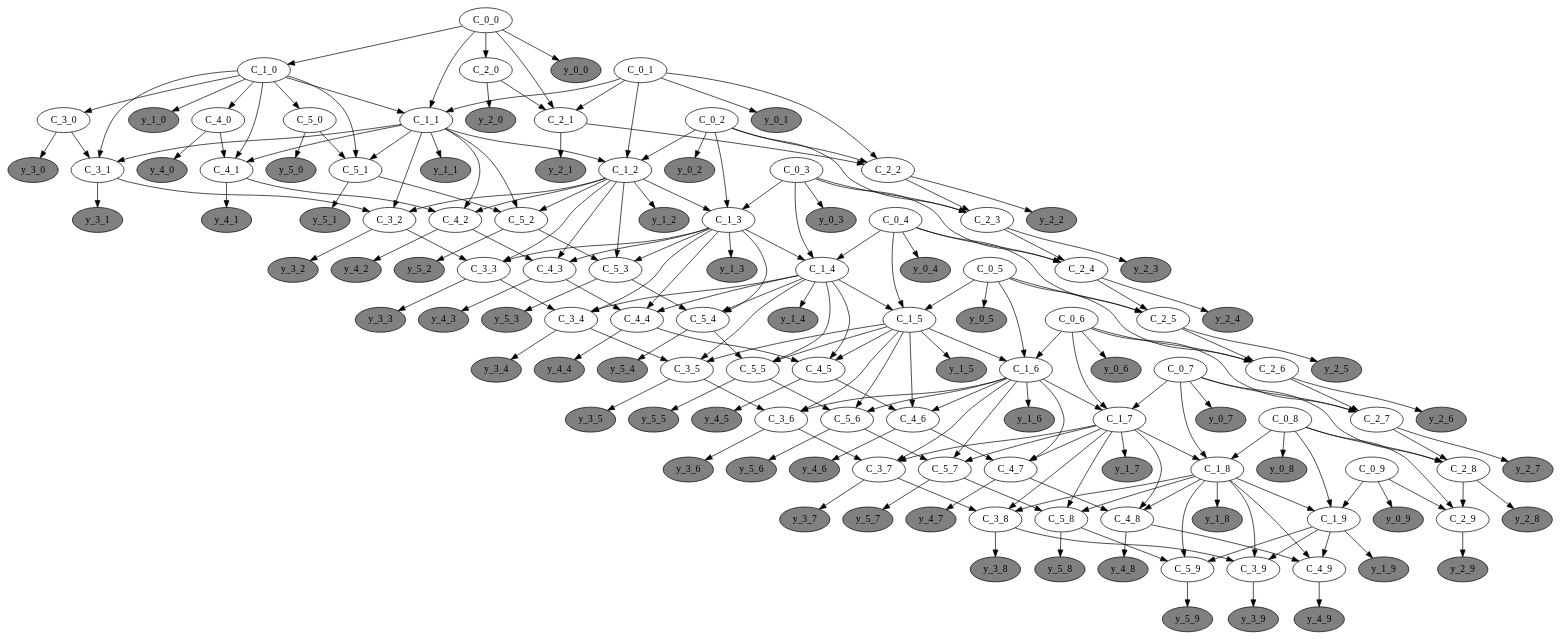
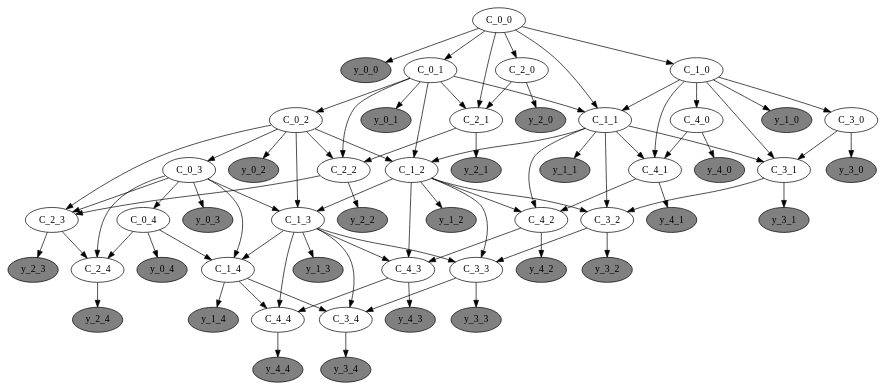
The diagram in fig/graph.gv (Lagergren-Lab/victree), drawn with Graphviz before and after one commit. The commit also changed 4 other files, not shown here.

```diff
--- a/fig/graph.gv
+++ b/fig/graph.gv
@@ -9,16 +9,6 @@
 	y_0_3 [label=y_0_3 fillcolor=grey shape=ellipse style=filled]
 	C_0_4 [label=C_0_4 fillcolor=white shape=ellipse style=filled]
 	y_0_4 [label=y_0_4 fillcolor=grey shape=ellipse style=filled]
-	C_0_5 [label=C_0_5 fillcolor=white shape=ellipse style=filled]
-	y_0_5 [label=y_0_5 fillcolor=grey shape=ellipse style=filled]
-	C_0_6 [label=C_0_6 fillcolor=white shape=ellipse style=filled]
-	y_0_6 [label=y_0_6 fillcolor=grey shape=ellipse style=filled]
-	C_0_7 [label=C_0_7 fillcolor=white shape=ellipse style=filled]
-	y_0_7 [label=y_0_7 fillcolor=grey shape=ellipse style=filled]
-	C_0_8 [label=C_0_8 fillcolor=white shape=ellipse style=filled]
-	y_0_8 [label=y_0_8 fillcolor=grey shape=ellipse style=filled]
-	C_0_9 [label=C_0_9 fillcolor=white shape=ellipse style=filled]
-	y_0_9 [label=y_0_9 fillcolor=grey shape=ellipse style=filled]
 	C_1_0 [label=C_1_0 fillcolor=white shape=ellipse style=filled]
 	y_1_0 [label=y_1_0 fillcolor=grey shape=ellipse style=filled]
 	C_1_1 [label=C_1_1 fillcolor=white shape=ellipse style=filled]
@@ -29,16 +19,6 @@
 	y_1_3 [label=y_1_3 fillcolor=grey shape=ellipse style=filled]
 	C_1_4 [label=C_1_4 fillcolor=white shape=ellipse style=filled]
 	y_1_4 [label=y_1_4 fillcolor=grey shape=ellipse style=filled]
-	C_1_5 [label=C_1_5 fillcolor=white shape=ellipse style=filled]
-	y_1_5 [label=y_1_5 fillcolor=grey shape=ellipse style=filled]
-	C_1_6 [label=C_1_6 fillcolor=white shape=ellipse style=filled]
-	y_1_6 [label=y_1_6 fillcolor=grey shape=ellipse style=filled]
-	C_1_7 [label=C_1_7 fillcolor=white shape=ellipse style=filled]
-	y_1_7 [label=y_1_7 fillcolor=grey shape=ellipse style=filled]
-	C_1_8 [label=C_1_8 fillcolor=white shape=ellipse style=filled]
-	y_1_8 [label=y_1_8 fillcolor=grey shape=ellipse style=filled]
-	C_1_9 [label=C_1_9 fillcolor=white shape=ellipse style=filled]
-	y_1_9 [label=y_1_9 fillcolor=grey shape=ellipse style=filled]
 	C_3_0 [label=C_3_0 fillcolor=white shape=ellipse style=filled]
 	y_3_0 [label=y_3_0 fillcolor=grey shape=ellipse style=filled]
 	C_3_1 [label=C_3_1 fillcolor=white shape=ellipse style=filled]
@@ -49,16 +29,6 @@
 	y_3_3 [label=y_3_3 fillcolor=grey shape=ellipse style=filled]
 	C_3_4 [label=C_3_4 fillcolor=white shape=ellipse style=filled]
 	y_3_4 [label=y_3_4 fillcolor=grey shape=ellipse style=filled]
-	C_3_5 [label=C_3_5 fillcolor=white shape=ellipse style=filled]
-	y_3_5 [label=y_3_5 fillcolor=grey shape=ellipse style=filled]
-	C_3_6 [label=C_3_6 fillcolor=white shape=ellipse style=filled]
-	y_3_6 [label=y_3_6 fillcolor=grey shape=ellipse style=filled]
-	C_3_7 [label=C_3_7 fillcolor=white shape=ellipse style=filled]
-	y_3_7 [label=y_3_7 fillcolor=grey shape=ellipse style=filled]
-	C_3_8 [label=C_3_8 fillcolor=white shape=ellipse style=filled]
-	y_3_8 [label=y_3_8 fillcolor=grey shape=ellipse style=filled]
-	C_3_9 [label=C_3_9 fillcolor=white shape=ellipse style=filled]
-	y_3_9 [label=y_3_9 fillcolor=grey shape=ellipse style=filled]
 	C_4_0 [label=C_4_0 fillcolor=white shape=ellipse style=filled]
 	y_4_0 [label=y_4_0 fillcolor=grey shape=ellipse style=filled]
 	C_4_1 [label=C_4_1 fillcolor=white shape=ellipse style=filled]
@@ -69,36 +39,6 @@
 	y_4_3 [label=y_4_3 fillcolor=grey shape=ellipse style=filled]
 	C_4_4 [label=C_4_4 fillcolor=white shape=ellipse style=filled]
 	y_4_4 [label=y_4_4 fillcolor=grey shape=ellipse style=filled]
-	C_4_5 [label=C_4_5 fillcolor=white shape=ellipse style=filled]
-	y_4_5 [label=y_4_5 fillcolor=grey shape=ellipse style=filled]
-	C_4_6 [label=C_4_6 fillcolor=white shape=ellipse style=filled]
-	y_4_6 [label=y_4_6 fillcolor=grey shape=ellipse style=filled]
-	C_4_7 [label=C_4_7 fillcolor=white shape=ellipse style=filled]
-	y_4_7 [label=y_4_7 fillcolor=grey shape=ellipse style=filled]
-	C_4_8 [label=C_4_8 fillcolor=white shape=ellipse style=filled]
-	y_4_8 [label=y_4_8 fillcolor=grey shape=ellipse style=filled]
-	C_4_9 [label=C_4_9 fillcolor=white shape=ellipse style=filled]
-	y_4_9 [label=y_4_9 fillcolor=grey shape=ellipse style=filled]
-	C_5_0 [label=C_5_0 fillcolor=white shape=ellipse style=filled]
-	y_5_0 [label=y_5_0 fillcolor=grey shape=ellipse style=filled]
-	C_5_1 [label=C_5_1 fillcolor=white shape=ellipse style=filled]
-	y_5_1 [label=y_5_1 fillcolor=grey shape=ellipse style=filled]
-	C_5_2 [label=C_5_2 fillcolor=white shape=ellipse style=filled]
-	y_5_2 [label=y_5_2 fillcolor=grey shape=ellipse style=filled]
-	C_5_3 [label=C_5_3 fillcolor=white shape=ellipse style=filled]
-	y_5_3 [label=y_5_3 fillcolor=grey shape=ellipse style=filled]
-	C_5_4 [label=C_5_4 fillcolor=white shape=ellipse style=filled]
-	y_5_4 [label=y_5_4 fillcolor=grey shape=ellipse style=filled]
-	C_5_5 [label=C_5_5 fillcolor=white shape=ellipse style=filled]
-	y_5_5 [label=y_5_5 fillcolor=grey shape=ellipse style=filled]
-	C_5_6 [label=C_5_6 fillcolor=white shape=ellipse style=filled]
-	y_5_6 [label=y_5_6 fillcolor=grey shape=ellipse style=filled]
-	C_5_7 [label=C_5_7 fillcolor=white shape=ellipse style=filled]
-	y_5_7 [label=y_5_7 fillcolor=grey shape=ellipse style=filled]
-	C_5_8 [label=C_5_8 fillcolor=white shape=ellipse style=filled]
-	y_5_8 [label=y_5_8 fillcolor=grey shape=ellipse style=filled]
-	C_5_9 [label=C_5_9 fillcolor=white shape=ellipse style=filled]
-	y_5_9 [label=y_5_9 fillcolor=grey shape=ellipse style=filled]
 	C_2_0 [label=C_2_0 fillcolor=white shape=ellipse style=filled]
 	y_2_0 [label=y_2_0 fillcolor=grey shape=ellipse style=filled]
 	C_2_1 [label=C_2_1 fillcolor=white shape=ellipse style=filled]
@@ -109,64 +49,33 @@
 	y_2_3 [label=y_2_3 fillcolor=grey shape=ellipse style=filled]
 	C_2_4 [label=C_2_4 fillcolor=white shape=ellipse style=filled]
 	y_2_4 [label=y_2_4 fillcolor=grey shape=ellipse style=filled]
-	C_2_5 [label=C_2_5 fillcolor=white shape=ellipse style=filled]
-	y_2_5 [label=y_2_5 fillcolor=grey shape=ellipse style=filled]
-	C_2_6 [label=C_2_6 fillcolor=white shape=ellipse style=filled]
-	y_2_6 [label=y_2_6 fillcolor=grey shape=ellipse style=filled]
-	C_2_7 [label=C_2_7 fillcolor=white shape=ellipse style=filled]
-	y_2_7 [label=y_2_7 fillcolor=grey shape=ellipse style=filled]
-	C_2_8 [label=C_2_8 fillcolor=white shape=ellipse style=filled]
-	y_2_8 [label=y_2_8 fillcolor=grey shape=ellipse style=filled]
-	C_2_9 [label=C_2_9 fillcolor=white shape=ellipse style=filled]
-	y_2_9 [label=y_2_9 fillcolor=grey shape=ellipse style=filled]
 	C_0_0 -> y_0_0
+	C_0_0 -> C_0_1
 	C_0_1 -> y_0_1
+	C_0_1 -> C_0_2
 	C_0_2 -> y_0_2
+	C_0_2 -> C_0_3
 	C_0_3 -> y_0_3
+	C_0_3 -> C_0_4
 	C_0_4 -> y_0_4
-	C_0_5 -> y_0_5
-	C_0_6 -> y_0_6
-	C_0_7 -> y_0_7
-	C_0_8 -> y_0_8
-	C_0_9 -> y_0_9
 	C_0_0 -> C_1_0
 	C_1_0 -> y_1_0
 	C_0_0 -> C_1_1
+	C_1_0 -> C_1_1
 	C_0_1 -> C_1_1
-	C_1_0 -> C_1_1
 	C_1_1 -> y_1_1
+	C_0_1 -> C_1_2
 	C_0_2 -> C_1_2
-	C_0_1 -> C_1_2
 	C_1_1 -> C_1_2
 	C_1_2 -> y_1_2
-	C_0_3 -> C_1_3
 	C_1_2 -> C_1_3
 	C_0_2 -> C_1_3
+	C_0_3 -> C_1_3
 	C_1_3 -> y_1_3
 	C_0_3 -> C_1_4
 	C_0_4 -> C_1_4
 	C_1_3 -> C_1_4
 	C_1_4 -> y_1_4
-	C_0_4 -> C_1_5
-	C_0_5 -> C_1_5
-	C_1_4 -> C_1_5
-	C_1_5 -> y_1_5
-	C_0_6 -> C_1_6
-	C_0_5 -> C_1_6
-	C_1_5 -> C_1_6
-	C_1_6 -> y_1_6
-	C_0_6 -> C_1_7
-	C_1_6 -> C_1_7
-	C_0_7 -> C_1_7
-	C_1_7 -> y_1_7
-	C_1_7 -> C_1_8
-	C_0_8 -> C_1_8
-	C_0_7 -> C_1_8
-	C_1_8 -> y_1_8
-	C_0_9 -> C_1_9
-	C_0_8 -> C_1_9
-	C_1_8 -> C_1_9
-	C_1_9 -> y_1_9
 	C_1_0 -> C_3_0
 	C_3_0 -> y_3_0
 	C_3_0 -> C_3_1
@@ -174,149 +83,51 @@
 	C_1_1 -> C_3_1
 	C_3_1 -> y_3_1
 	C_1_2 -> C_3_2
+	C_3_1 -> C_3_2
 	C_1_1 -> C_3_2
-	C_3_1 -> C_3_2
 	C_3_2 -> y_3_2
+	C_3_2 -> C_3_3
+	C_1_3 -> C_3_3
 	C_1_2 -> C_3_3
-	C_1_3 -> C_3_3
-	C_3_2 -> C_3_3
 	C_3_3 -> y_3_3
 	C_1_3 -> C_3_4
 	C_3_3 -> C_3_4
 	C_1_4 -> C_3_4
 	C_3_4 -> y_3_4
-	C_3_4 -> C_3_5
-	C_1_5 -> C_3_5
-	C_1_4 -> C_3_5
-	C_3_5 -> y_3_5
-	C_1_6 -> C_3_6
-	C_3_5 -> C_3_6
-	C_1_5 -> C_3_6
-	C_3_6 -> y_3_6
-	C_1_7 -> C_3_7
-	C_1_6 -> C_3_7
-	C_3_6 -> C_3_7
-	C_3_7 -> y_3_7
-	C_1_7 -> C_3_8
-	C_3_7 -> C_3_8
-	C_1_8 -> C_3_8
-	C_3_8 -> y_3_8
-	C_3_8 -> C_3_9
-	C_1_9 -> C_3_9
-	C_1_8 -> C_3_9
-	C_3_9 -> y_3_9
 	C_1_0 -> C_4_0
 	C_4_0 -> y_4_0
+	C_1_0 -> C_4_1
 	C_4_0 -> C_4_1
-	C_1_0 -> C_4_1
 	C_1_1 -> C_4_1
 	C_4_1 -> y_4_1
+	C_4_1 -> C_4_2
 	C_1_2 -> C_4_2
-	C_4_1 -> C_4_2
 	C_1_1 -> C_4_2
 	C_4_2 -> y_4_2
+	C_1_3 -> C_4_3
+	C_1_2 -> C_4_3
 	C_4_2 -> C_4_3
-	C_1_2 -> C_4_3
-	C_1_3 -> C_4_3
 	C_4_3 -> y_4_3
+	C_4_3 -> C_4_4
 	C_1_3 -> C_4_4
-	C_4_3 -> C_4_4
 	C_1_4 -> C_4_4
 	C_4_4 -> y_4_4
-	C_4_4 -> C_4_5
-	C_1_5 -> C_4_5
-	C_1_4 -> C_4_5
-	C_4_5 -> y_4_5
-	C_1_6 -> C_4_6
-	C_4_5 -> C_4_6
-	C_1_5 -> C_4_6
-	C_4_6 -> y_4_6
-	C_1_7 -> C_4_7
-	C_1_6 -> C_4_7
-	C_4_6 -> C_4_7
-	C_4_7 -> y_4_7
-	C_1_7 -> C_4_8
-	C_4_7 -> C_4_8
-	C_1_8 -> C_4_8
-	C_4_8 -> y_4_8
-	C_4_8 -> C_4_9
-	C_1_9 -> C_4_9
-	C_1_8 -> C_4_9
-	C_4_9 -> y_4_9
-	C_1_0 -> C_5_0
-	C_5_0 -> y_5_0
-	C_1_0 -> C_5_1
-	C_1_1 -> C_5_1
-	C_5_0 -> C_5_1
-	C_5_1 -> y_5_1
-	C_5_1 -> C_5_2
-	C_1_2 -> C_5_2
-	C_1_1 -> C_5_2
-	C_5_2 -> y_5_2
-	C_1_2 -> C_5_3
-	C_1_3 -> C_5_3
-	C_5_2 -> C_5_3
-	C_5_3 -> y_5_3
-	C_5_3 -> C_5_4
-	C_1_3 -> C_5_4
-	C_1_4 -> C_5_4
-	C_5_4 -> y_5_4
-	C_5_4 -> C_5_5
-	C_1_5 -> C_5_5
-	C_1_4 -> C_5_5
-	C_5_5 -> y_5_5
-	C_1_6 -> C_5_6
-	C_5_5 -> C_5_6
-	C_1_5 -> C_5_6
-	C_5_6 -> y_5_6
-	C_1_7 -> C_5_7
-	C_5_6 -> C_5_7
-	C_1_6 -> C_5_7
-	C_5_7 -> y_5_7
-	C_1_7 -> C_5_8
-	C_5_7 -> C_5_8
-	C_1_8 -> C_5_8
-	C_5_8 -> y_5_8
-	C_5_8 -> C_5_9
-	C_1_9 -> C_5_9
-	C_1_8 -> C_5_9
-	C_5_9 -> y_5_9
 	C_0_0 -> C_2_0
 	C_2_0 -> y_2_0
 	C_0_0 -> C_2_1
+	C_2_0 -> C_2_1
 	C_0_1 -> C_2_1
-	C_2_0 -> C_2_1
 	C_2_1 -> y_2_1
+	C_2_1 -> C_2_2
 	C_0_1 -> C_2_2
-	C_2_1 -> C_2_2
 	C_0_2 -> C_2_2
 	C_2_2 -> y_2_2
 	C_2_2 -> C_2_3
+	C_0_2 -> C_2_3
 	C_0_3 -> C_2_3
-	C_0_2 -> C_2_3
 	C_2_3 -> y_2_3
-	C_0_3 -> C_2_4
 	C_0_4 -> C_2_4
 	C_2_3 -> C_2_4
+	C_0_3 -> C_2_4
 	C_2_4 -> y_2_4
-	C_0_4 -> C_2_5
-	C_0_5 -> C_2_5
-	C_2_4 -> C_2_5
-	C_2_5 -> y_2_5
-	C_0_6 -> C_2_6
-	C_2_5 -> C_2_6
-	C_0_5 -> C_2_6
-	C_2_6 -> y_2_6
-	C_0_6 -> C_2_7
-	C_2_6 -> C_2_7
-	C_0_7 -> C_2_7
-	C_2_7 -> y_2_7
-	C_2_7 -> C_2_8
-	C_0_8 -> C_2_8
-	C_0_7 -> C_2_8
-	C_2_8 -> y_2_8
-	C_2_8 -> C_2_9
-	C_0_9 -> C_2_9
-	C_0_8 -> C_2_9
-	C_2_9 -> y_2_9
 }
```
